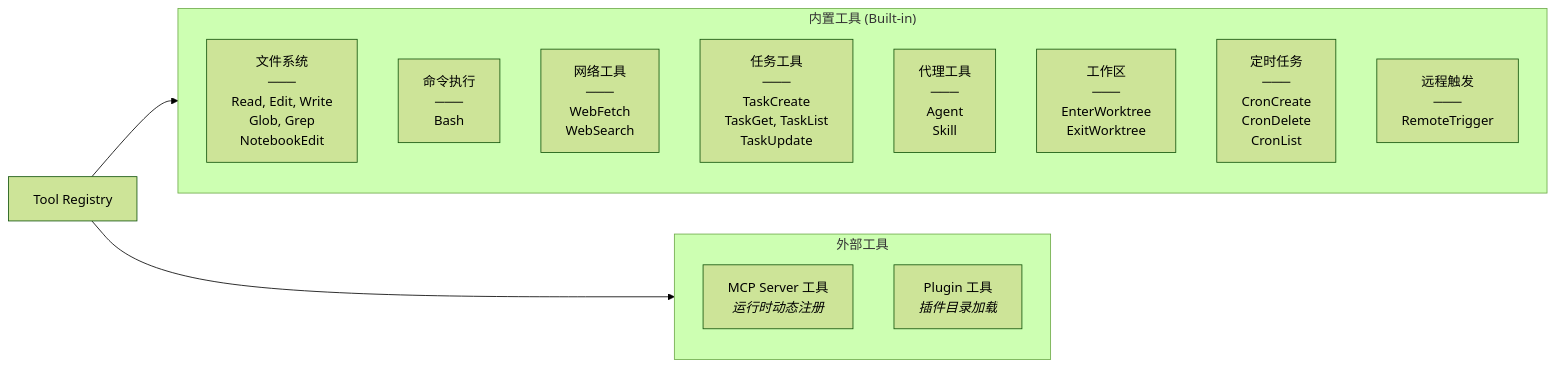
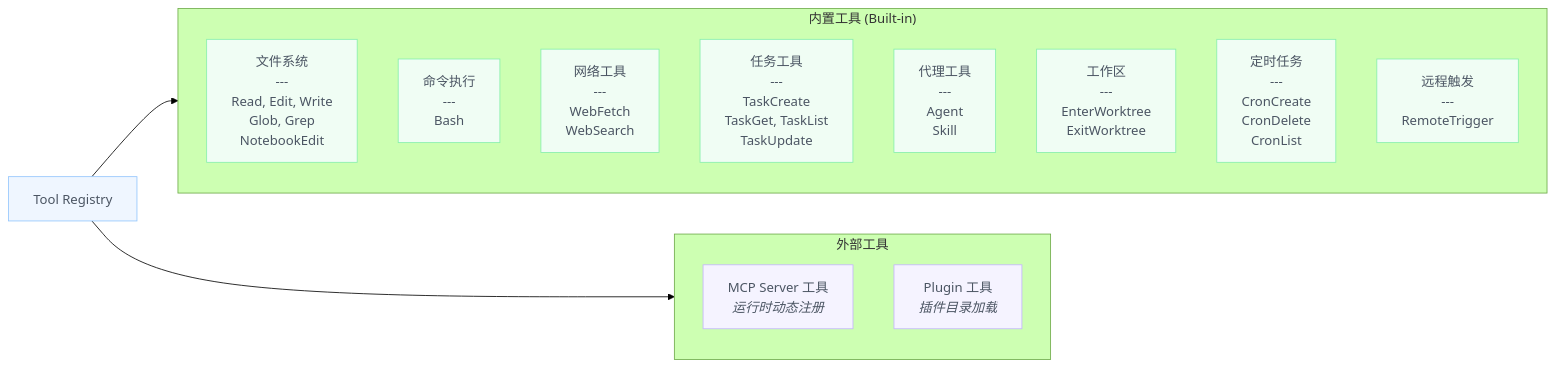
Before and after one commit to shenh10/shenh10.github.io: the second of 6 diagrams in docs/projects/claude-code/02_architecture.md, drawn with Mermaid (forest theme). The commit also changed other lines of this file and 12 other files, not shown here.

````diff
--- a/docs/projects/claude-code/02_architecture.md
+++ b/docs/projects/claude-code/02_architecture.md
@@ -132,22 +131,30 @@
 ```mermaid
 graph LR
     subgraph InternalTools["内置工具 (Built-in)"]
         direction TB
-        FS["文件系统<br/>───<br/>Read, Edit, Write<br/>Glob, Grep<br/>NotebookEdit"]
-        Shell["命令执行<br/>───<br/>Bash"]
-        Web["网络工具<br/>───<br/>WebFetch<br/>WebSearch"]
-        Tasks["任务工具<br/>───<br/>TaskCreate<br/>TaskGet, TaskList<br/>TaskUpdate"]
-        Agents["代理工具<br/>───<br/>Agent<br/>Skill"]
-        Worktree["工作区<br/>───<br/>EnterWorktree<br/>ExitWorktree"]
-        Cron["定时任务<br/>───<br/>CronCreate<br/>CronDelete<br/>CronList"]
-        Remote["远程触发<br/>───<br/>RemoteTrigger"]
+        FS["文件系统<br>---<br>Read, Edit, Write<br>Glob, Grep<br>NotebookEdit"]
+        Shell["命令执行<br>---<br>Bash"]
+        Web["网络工具<br>---<br>WebFetch<br>WebSearch"]
+        Tasks["任务工具<br>---<br>TaskCreate<br>TaskGet, TaskList<br>TaskUpdate"]
+        Agents["代理工具<br>---<br>Agent<br>Skill"]
+        Worktree["工作区<br>---<br>EnterWorktree<br>ExitWorktree"]
+        Cron["定时任务<br>---<br>CronCreate<br>CronDelete<br>CronList"]
+        Remote["远程触发<br>---<br>RemoteTrigger"]
     end
 
     subgraph ExternalTools["外部工具"]
-        MCP_T["MCP Server 工具<br/><i>运行时动态注册</i>"]
-        Plugin_T["Plugin 工具<br/><i>插件目录加载</i>"]
+        MCP_T["MCP Server 工具<br><i>运行时动态注册</i>"]
+        Plugin_T["Plugin 工具<br><i>插件目录加载</i>"]
     end
 
     Registry["Tool Registry"] --> InternalTools
     Registry --> ExternalTools
+
+    classDef builtin fill:#f0fdf4,stroke:#86efac,color:#4b5563
+    classDef external fill:#f5f3ff,stroke:#c4b5fd,color:#4b5563
+    classDef reg fill:#eff6ff,stroke:#93c5fd,color:#4b5563
+
+    class FS,Shell,Web,Tasks,Agents,Worktree,Cron,Remote builtin
+    class MCP_T,Plugin_T external
+    class Registry reg
 ```
````
